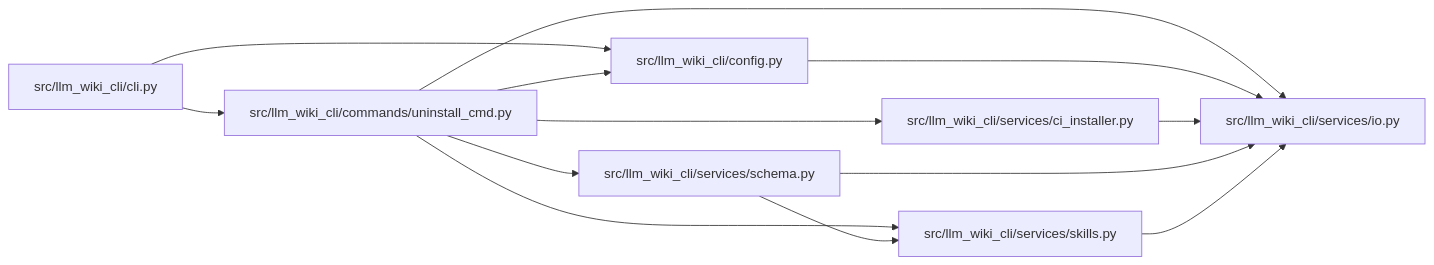
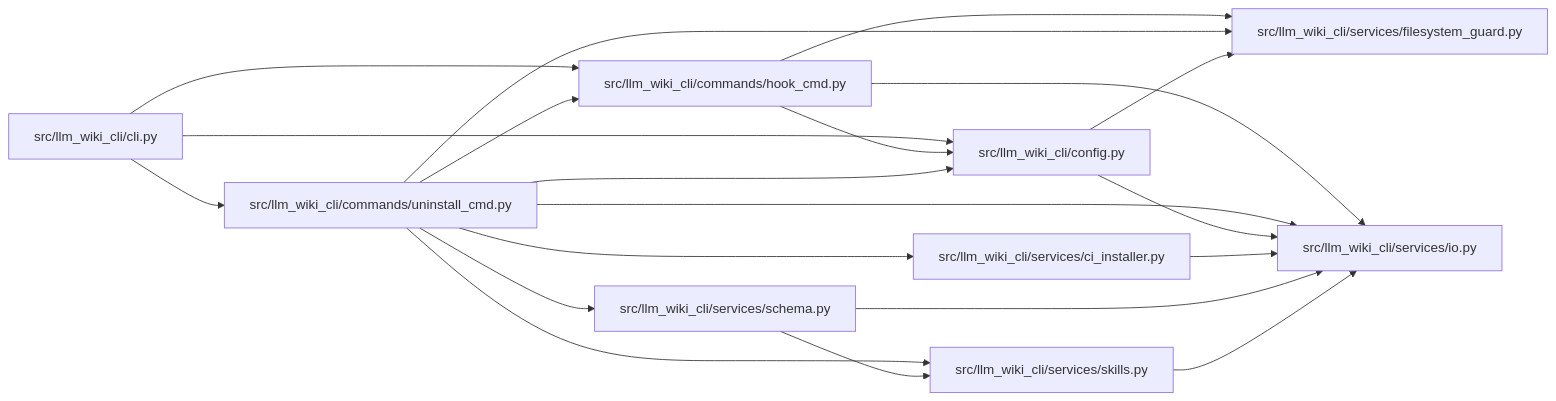
The diagram in docs/llm_wiki/modules/uninstall_cmd.md (Denissvgn/python-wiki-llm), drawn with Mermaid before and after one commit. The commit also changed other lines of this file and 364 other files, not shown here.

````diff
--- a/docs/llm_wiki/modules/uninstall_cmd.md
+++ b/docs/llm_wiki/modules/uninstall_cmd.md
@@ -24,29 +30,40 @@
 ```mermaid
 flowchart LR
     n0["src/llm_wiki_cli/cli.py"]
-    n1["src/llm_wiki_cli/commands/uninstall_cmd.py"]
-    n2["src/llm_wiki_cli/config.py"]
-    n3["src/llm_wiki_cli/services/ci_installer.py"]
-    n4["src/llm_wiki_cli/services/io.py"]
-    n5["src/llm_wiki_cli/services/schema.py"]
-    n6["src/llm_wiki_cli/services/skills.py"]
+    n1["src/llm_wiki_cli/commands/hook_cmd.py"]
+    n2["src/llm_wiki_cli/commands/uninstall_cmd.py"]
+    n3["src/llm_wiki_cli/config.py"]
+    n4["src/llm_wiki_cli/services/ci_installer.py"]
+    n5["src/llm_wiki_cli/services/filesystem_guard.py"]
+    n6["src/llm_wiki_cli/services/io.py"]
+    n7["src/llm_wiki_cli/services/schema.py"]
+    n8["src/llm_wiki_cli/services/skills.py"]
     n0 --> n1
     n0 --> n2
-    n1 --> n2
+    n0 --> n3
     n1 --> n3
-    n1 --> n4
     n1 --> n5
     n1 --> n6
+    n2 --> n1
+    n2 --> n3
     n2 --> n4
-    n3 --> n4
-    n5 --> n4
-    n5 --> n6
-    n6 --> n4
+    n2 --> n5
+    n2 --> n6
+    n2 --> n7
+    n2 --> n8
+    n3 --> n5
+    n3 --> n6
+    n4 --> n6
+    n7 --> n6
+    n7 --> n8
+    n8 --> n6
     click n0 "../modules/cli.md"
-    click n1 "../modules/uninstall_cmd.md"
-    click n2 "../modules/config.md"
-    click n3 "../modules/ci_installer.md"
-    click n4 "../modules/io.md"
-    click n5 "../modules/services_schema.md"
-    click n6 "../modules/skills.md"
+    click n1 "../modules/hook_cmd.md"
+    click n2 "../modules/uninstall_cmd.md"
+    click n3 "../modules/config.md"
+    click n4 "../modules/ci_installer.md"
+    click n5 "../modules/filesystem_guard.md"
+    click n6 "../modules/io.md"
+    click n7 "../modules/services_schema.md"
+    click n8 "../modules/skills.md"
 ```
````
